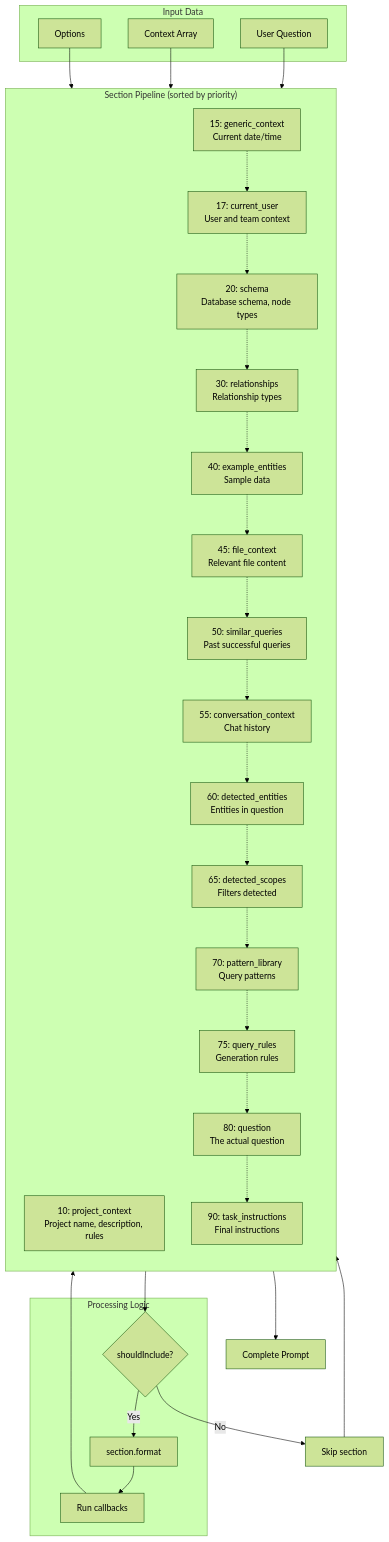
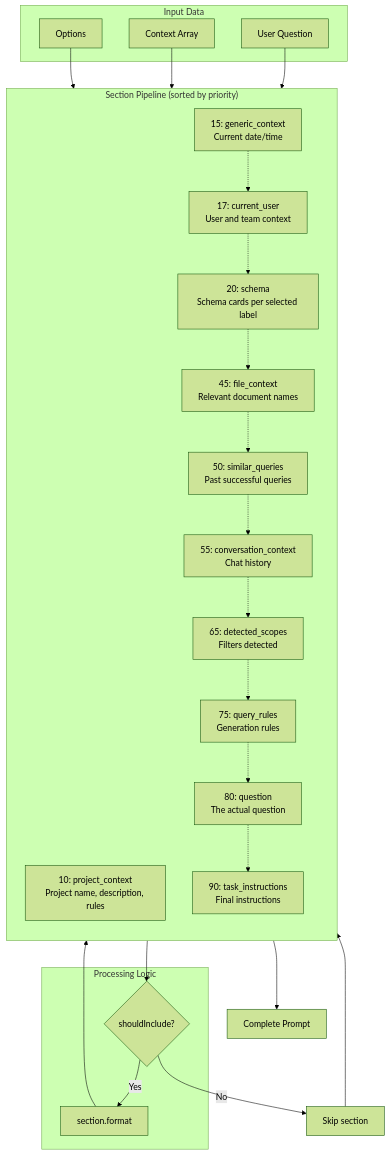
The first of 5 diagrams in resources/docs/1.0/chat/module-pipeline.md (condoedge/AI), drawn with Mermaid (forest theme) before and after one commit. The commit also changed other lines of this file and 786 other files, not shown here.

````diff
--- a/resources/docs/1.0/chat/module-pipeline.md
+++ b/resources/docs/1.0/chat/module-pipeline.md
@@ -346,49 +290,43 @@
 ```mermaid
 flowchart TD
     subgraph Input["Input Data"]
         Q[User Question]
         CTX[Context Array]
         OPT[Options]
     end
 
     subgraph Pipeline["Section Pipeline (sorted by priority)"]
         direction TB
         S10["10: project_context<br/>Project name, description, rules"]
         S15["15: generic_context<br/>Current date/time"]
         S17["17: current_user<br/>User and team context"]
-        S20["20: schema<br/>Database schema, node types"]
-        S30["30: relationships<br/>Relationship types"]
-        S40["40: example_entities<br/>Sample data"]
-        S45["45: file_context<br/>Relevant file content"]
+        S20["20: schema<br/>Schema cards per selected label"]
+        S45["45: file_context<br/>Relevant document names"]
         S50["50: similar_queries<br/>Past successful queries"]
         S55["55: conversation_context<br/>Chat history"]
-        S60["60: detected_entities<br/>Entities in question"]
         S65["65: detected_scopes<br/>Filters detected"]
-        S70["70: pattern_library<br/>Query patterns"]
         S75["75: query_rules<br/>Generation rules"]
         S80["80: question<br/>The actual question"]
         S90["90: task_instructions<br/>Final instructions"]
     end
 
     subgraph Processing["Processing Logic"]
         CHECK{shouldInclude?}
         FORMAT[section.format]
-        CALLBACK[Run callbacks]
     end
 
     Q --> Pipeline
     CTX --> Pipeline
     OPT --> Pipeline
 
     S10 --> CHECK
     CHECK -->|Yes| FORMAT
     CHECK -->|No| SKIP[Skip section]
-    FORMAT --> CALLBACK
-    CALLBACK --> S15
+    FORMAT --> S15
     SKIP --> S15
 
-    S15 -.-> S17 -.-> S20 -.-> S30 -.-> S40 -.-> S45 -.-> S50
-    S50 -.-> S55 -.-> S60 -.-> S65 -.-> S70 -.-> S75 -.-> S80 -.-> S90
+    S15 -.-> S17 -.-> S20 -.-> S45 -.-> S50
+    S50 -.-> S55 -.-> S65 -.-> S75 -.-> S80 -.-> S90
 
     S90 --> OUTPUT[Complete Prompt]
 ```
````
